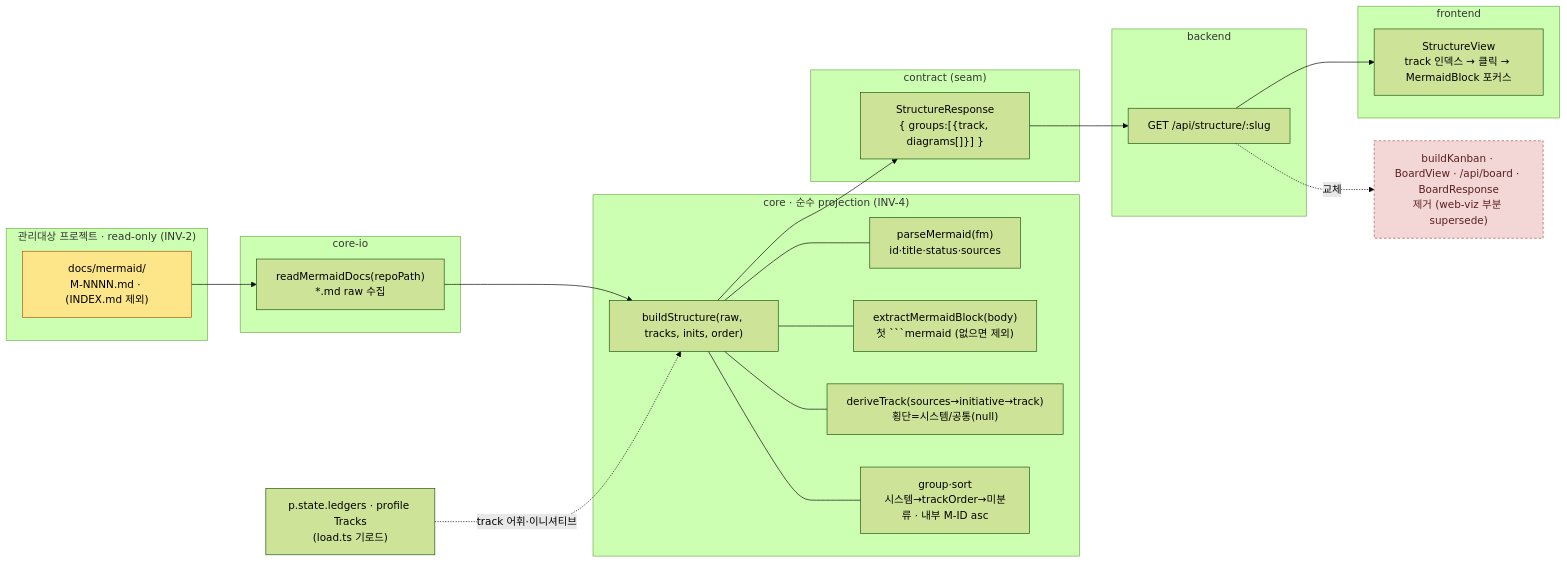
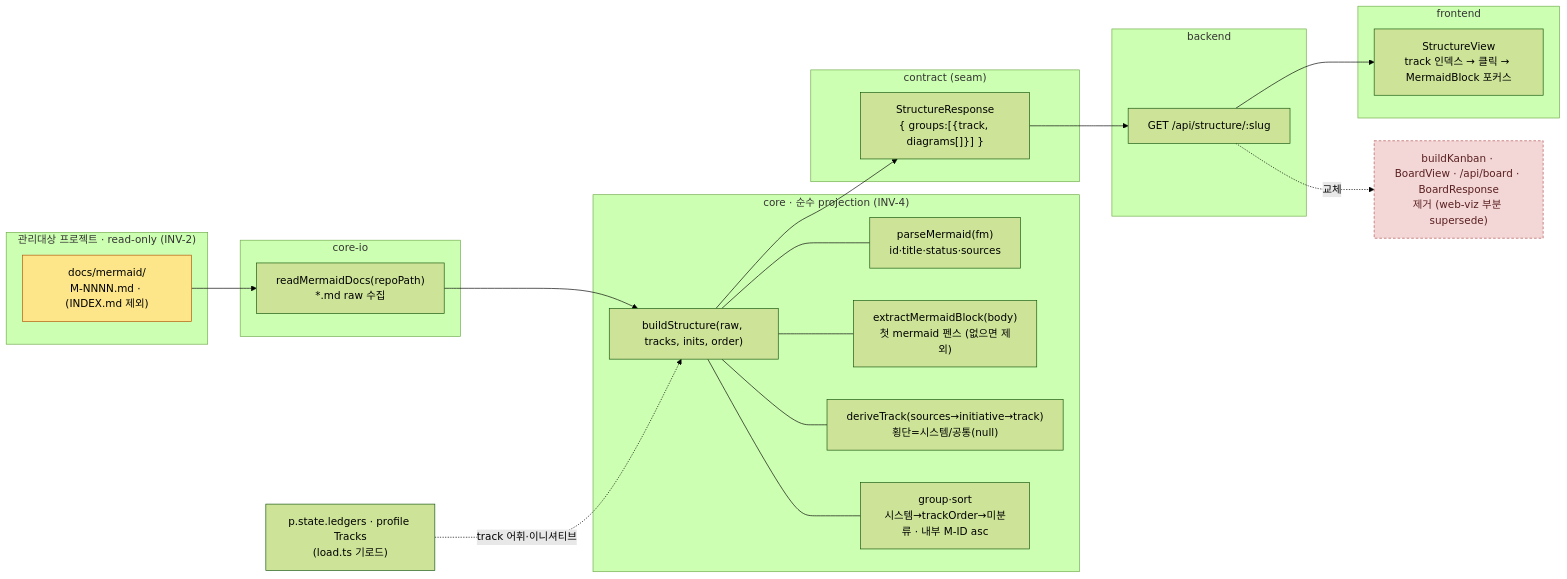
One commit to pruge/gootte changed the diagram in docs/mermaid/M-0007-web-structure-render.md. Above: the diagram before and after it, drawn with Mermaid (forest theme).

Commit message:
fix(mermaid): M-0007 노드 라벨의 리터럴 백틱 제거 — 파싱 오류 수리

````diff
--- a/docs/mermaid/M-0007-web-structure-render.md
+++ b/docs/mermaid/M-0007-web-structure-render.md
@@ -20,37 +20,37 @@
 ```mermaid
 flowchart LR
     subgraph proj["관리대상 프로젝트 · read-only (INV-2)"]
         mmd["docs/mermaid/<br/>M-NNNN.md · (INDEX.md 제외)"]
     end
     subgraph io["core-io"]
         read["readMermaidDocs(repoPath)<br/>*.md raw 수집"]
     end
     subgraph core["core · 순수 projection (INV-4)"]
         build["buildStructure(raw, tracks, inits, order)"]
         p1["parseMermaid(fm)<br/>id·title·status·sources"]
-        p2["extractMermaidBlock(body)<br/>첫 ```mermaid (없으면 제외)"]
+        p2["extractMermaidBlock(body)<br/>첫 mermaid 펜스 (없으면 제외)"]
         p3["deriveTrack(sources→initiative→track)<br/>횡단=시스템/공통(null)"]
         p4["group·sort<br/>시스템→trackOrder→미분류 · 내부 M-ID asc"]
         build --- p1 & p2 & p3 & p4
     end
     subgraph ct["contract (seam)"]
         resp["StructureResponse<br/>{ groups:[{track, diagrams[]}] }"]
     end
     subgraph be["backend"]
         ep["GET /api/structure/:slug"]
     end
     subgraph fe["frontend"]
         view["StructureView<br/>track 인덱스 → 클릭 → MermaidBlock 포커스"]
     end
 
     mmd --> read --> build --> resp --> ep --> view
     inits["p.state.ledgers · profile Tracks<br/>(load.ts 기로드)"] -.->|track 어휘·이니셔티브| build
 
     dead["buildKanban · BoardView · /api/board · BoardResponse<br/>제거 (web-viz 부분 supersede)"]
     ep -.->|교체| dead
 
     classDef sot fill:#fde68a,stroke:#b45309,color:#000
     classDef gone fill:#f3d6d6,stroke:#b05050,color:#5a2020,stroke-dasharray:4 3
     class mmd sot
     class dead gone
 ```
````
